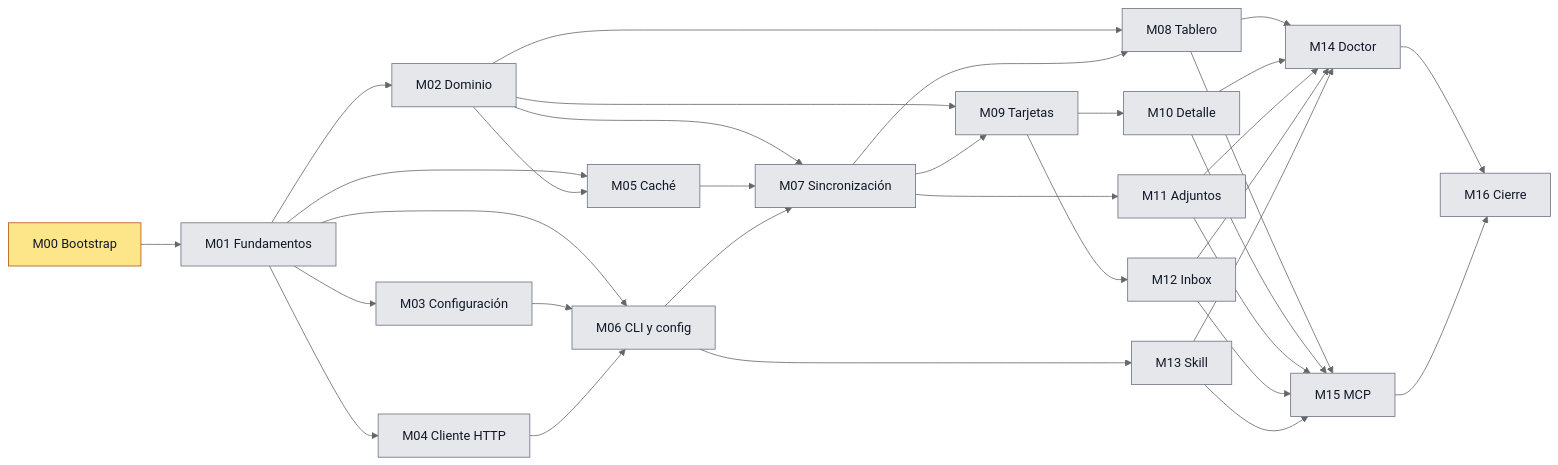
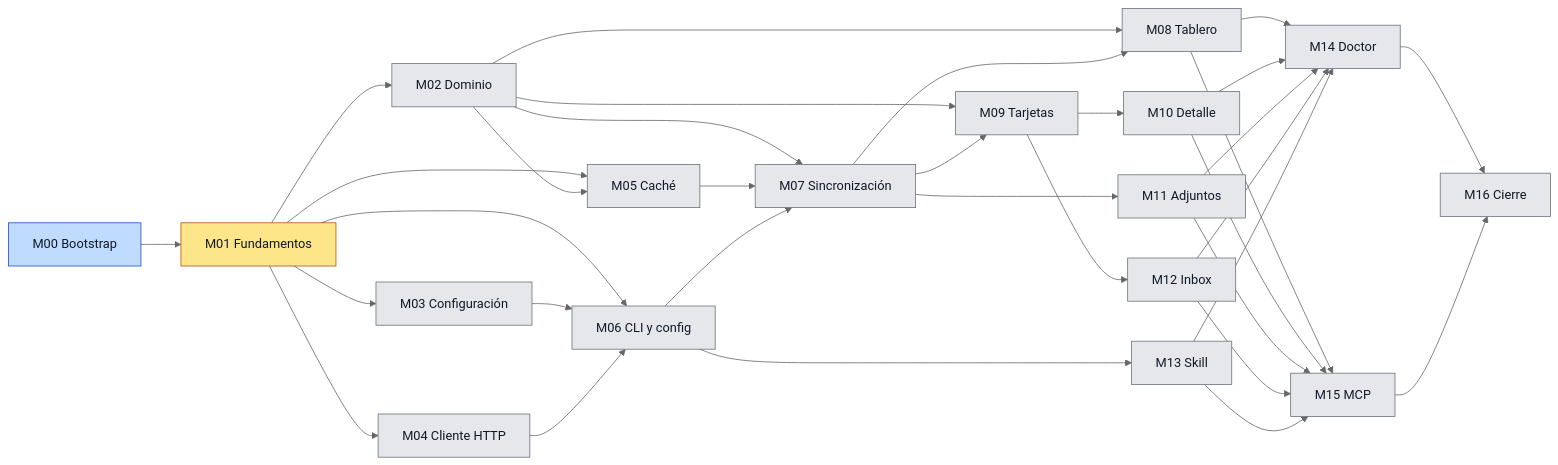
One commit to dayler/trelloctl changed the diagram in docs/plan/00-plan-maestro.md. Above: the diagram before and after it, drawn with Mermaid (neutral theme). The commit also changed other lines of this file, not shown here.

Commit message:
docs(plan): M00 in review, start M01 (wave 1)

````diff
--- a/docs/plan/00-plan-maestro.md
+++ b/docs/plan/00-plan-maestro.md
@@ -84,43 +84,44 @@
 ```mermaid
 flowchart LR
     M00[M00 Bootstrap] --> M01[M01 Fundamentos]
     M01 --> M02[M02 Dominio]
     M01 --> M03[M03 Configuración]
     M01 --> M04[M04 Cliente HTTP]
     M01 --> M05[M05 Caché]
     M02 --> M05
     M01 --> M06[M06 CLI y config]
     M03 --> M06
     M04 --> M06
     M02 --> M07[M07 Sincronización]
     M05 --> M07
     M06 --> M07
     M06 --> M13[M13 Skill]
     M02 --> M08[M08 Tablero]
     M07 --> M08
     M02 --> M09[M09 Tarjetas]
     M07 --> M09
     M07 --> M11[M11 Adjuntos]
     M09 --> M10[M10 Detalle]
     M09 --> M12[M12 Inbox]
     M08 --> M14[M14 Doctor]
     M10 --> M14
     M11 --> M14
     M12 --> M14
     M13 --> M14
     M08 --> M15[M15 MCP]
     M10 --> M15
     M11 --> M15
     M12 --> M15
     M13 --> M15
     M14 --> M16[M16 Cierre]
     M15 --> M16
 
     classDef pending fill:#e5e7eb,stroke:#6b7280,color:#111827
     classDef in_progress fill:#fde68a,stroke:#b45309,color:#111827
     classDef in_review fill:#bfdbfe,stroke:#1d4ed8,color:#111827
     classDef done fill:#bbf7d0,stroke:#15803d,color:#111827
     classDef blocked fill:#fecaca,stroke:#b91c1c,color:#111827
-    class M01,M02,M03,M04,M05,M06,M07,M08,M09,M10,M11,M12,M13,M14,M15,M16 pending
-    class M00 in_progress
+    class M02,M03,M04,M05,M06,M07,M08,M09,M10,M11,M12,M13,M14,M15,M16 pending
+    class M00 in_review
+    class M01 in_progress
 ```
````
